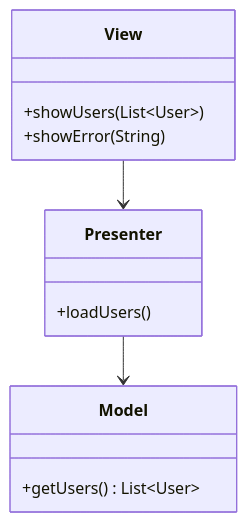
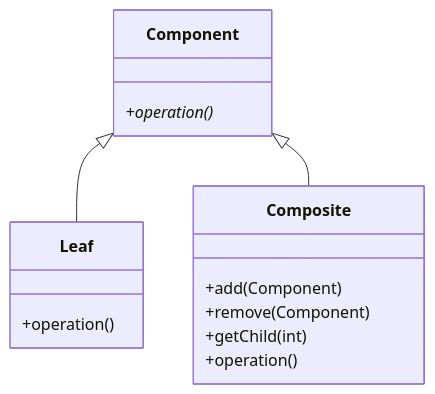
One commit to MasteryEducation/SoftwarePatternsLexicon.com changed the diagram in content/patterns-java/7/4/3/index.md. Above: the diagram before and after it, drawn with Mermaid. The commit also changed other lines of this file and 883 other files, not shown here.

````diff
--- a/content/patterns-java/7/4/3/index.md
+++ b/content/patterns-java/7/4/3/index.md
@@ -259,15 +37,17 @@
 ```mermaid
 classDiagram
-    class View {
-        +showUsers(List~User~)
-        +showError(String)
+    Component <|-- Leaf
+    Component <|-- Composite
+    class Component {
+        +operation()*
     }
-    class Presenter {
-        +loadUsers()
+    class Leaf {
+        +operation()
     }
-    class Model {
-        +getUsers() List~User~
+    class Composite {
+        +add(Component)
+        +remove(Component)
+        +getChild(int)
+        +operation()
     }
-    View --> Presenter
-    Presenter --> Model
 ```
````
